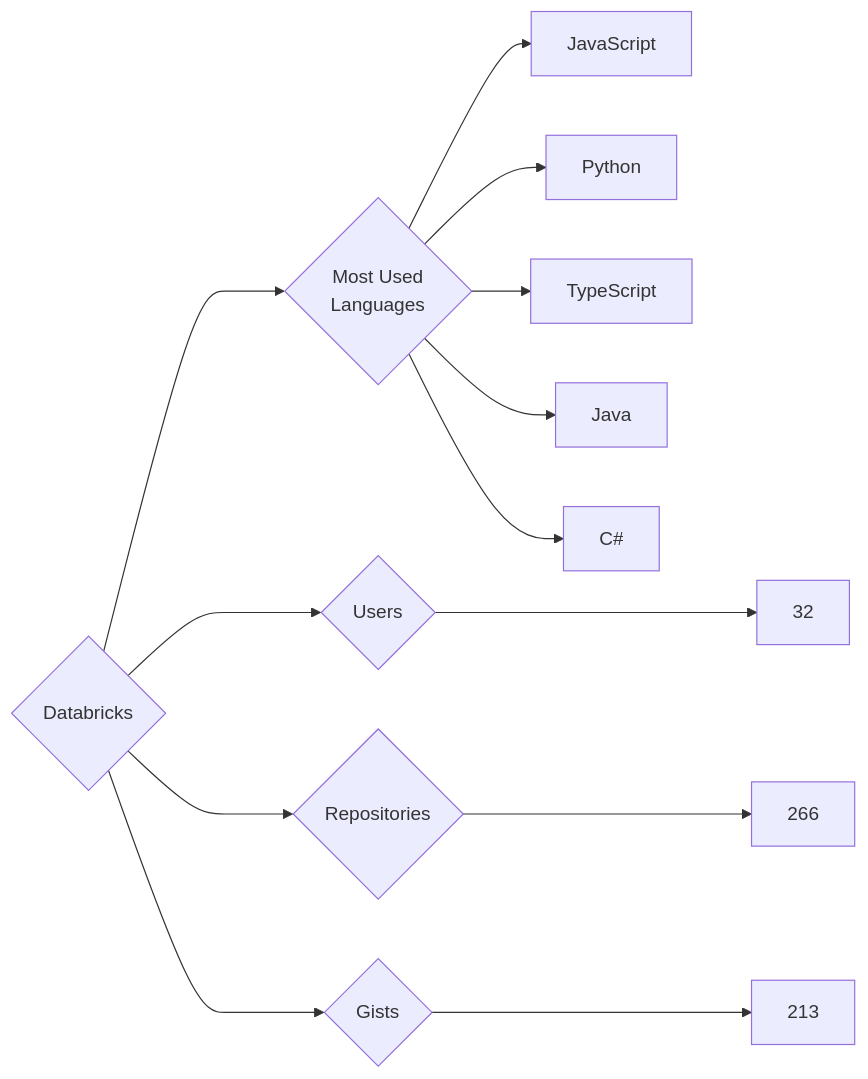
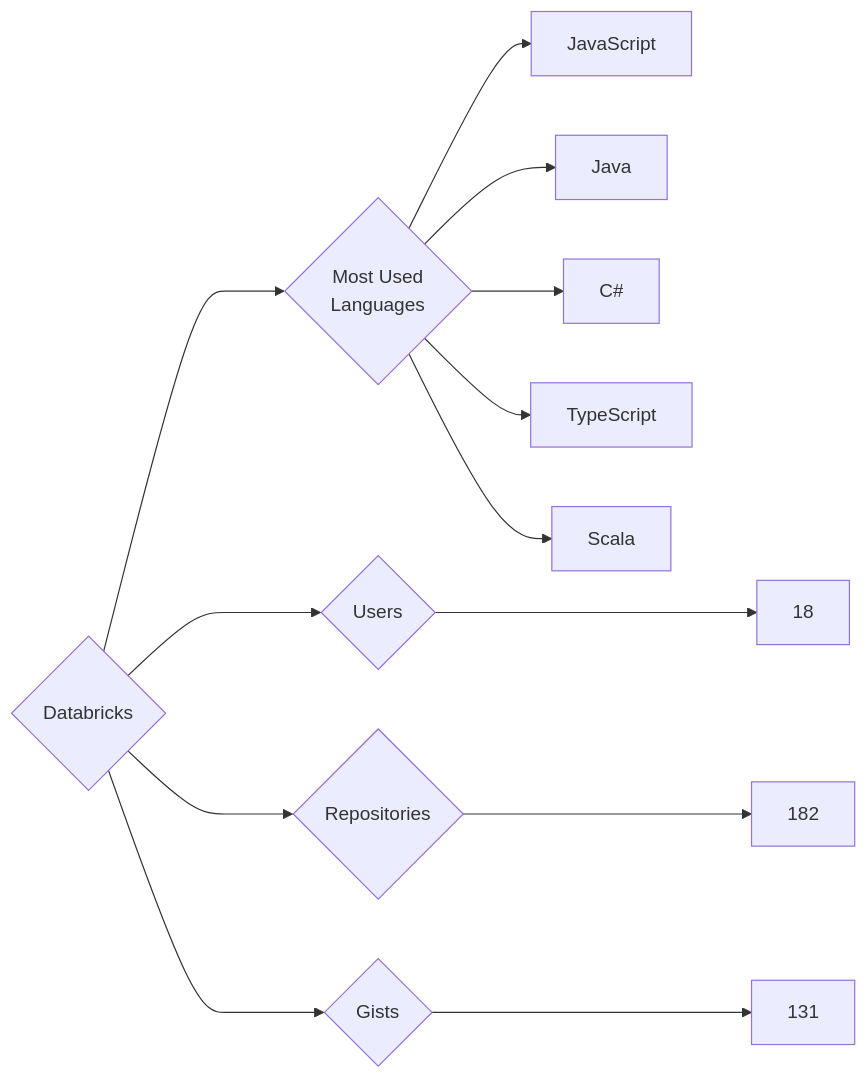
The diagram in targets/Databricks/README.md (trickest/insiders), drawn with Mermaid before and after one commit. The commit also changed 676 other files, not shown here.

````diff
--- a/targets/Databricks/README.md
+++ b/targets/Databricks/README.md
@@ -3,13 +3,13 @@
 ```mermaid
 graph LR
 COMPANY_NAME{Databricks}
-COMPANY_NAME ---> U{Users} ---> UN[32]
-COMPANY_NAME ---> R{Repositories} ---> RN[266]
-COMPANY_NAME ---> G{Gists} ---> GN[213]
+COMPANY_NAME ---> U{Users} ---> UN[18]
+COMPANY_NAME ---> R{Repositories} ---> RN[182]
+COMPANY_NAME ---> G{Gists} ---> GN[131]
 COMPANY_NAME ---> ML{Most Used<br>Languages}
 ML --> JavaScript[JavaScript]
-ML --> Python[Python]
-ML --> TypeScript[TypeScript]
 ML --> Java[Java]
 ML --> C#[C#]
+ML --> TypeScript[TypeScript]
+ML --> Scala[Scala]
 ```
````
